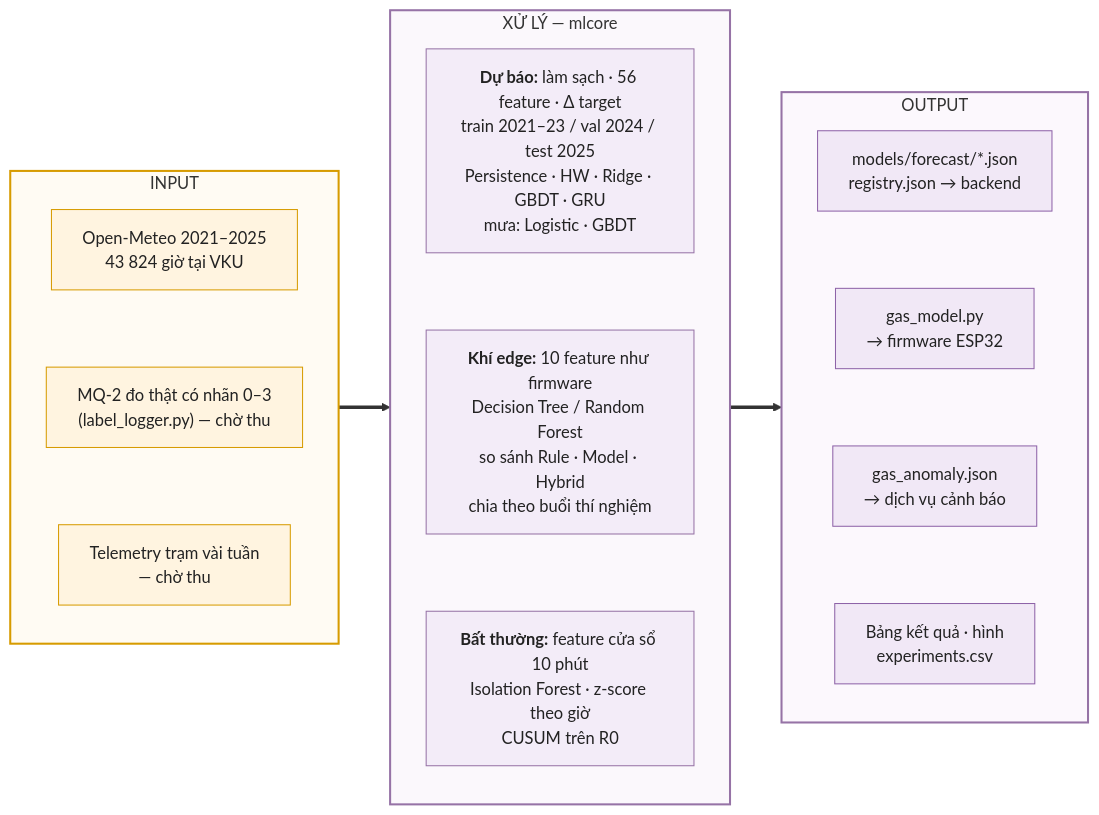
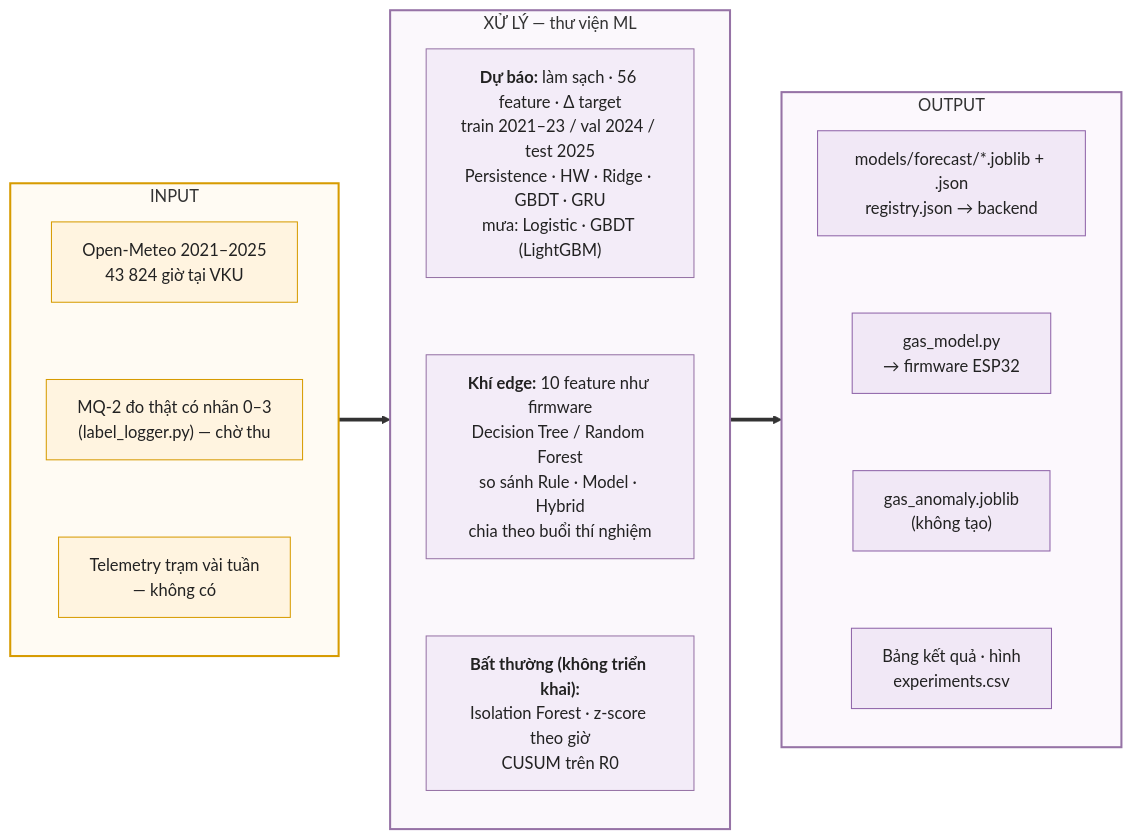
The sixth of 6 diagrams in docs/architecture/ipo.md (danhle396/pythonnhung), drawn with Mermaid before and after one commit. The commit also changed other lines of this file and 176 other files, not shown here.

First line of the commit message:
Chuyển ML sang thư viện chuẩn, slide VKU, đồng bộ tên đề tài

````diff
--- a/docs/architecture/ipo.md
+++ b/docs/architecture/ipo.md
@@ -259,35 +255,35 @@
 ```mermaid
 flowchart LR
     subgraph I["INPUT"]
         direction TB
         i1["Open-Meteo 2021–2025<br/>43 824 giờ tại VKU"]
         i2["MQ-2 đo thật có nhãn 0–3<br/>(label_logger.py) — chờ thu"]
-        i3["Telemetry trạm vài tuần<br/>— chờ thu"]
+        i3["Telemetry trạm vài tuần<br/>— không có"]
         i1 ~~~ i2 ~~~ i3
     end
-    subgraph P["XỬ LÝ — mlcore"]
+    subgraph P["XỬ LÝ — thư viện ML"]
         direction TB
-        p1["<b>Dự báo:</b> làm sạch · 56 feature · Δ target<br/>train 2021–23 / val 2024 / test 2025<br/>Persistence · HW · Ridge · GBDT · GRU<br/>mưa: Logistic · GBDT"]
+        p1["<b>Dự báo:</b> làm sạch · 56 feature · Δ target<br/>train 2021–23 / val 2024 / test 2025<br/>Persistence · HW · Ridge · GBDT · GRU<br/>mưa: Logistic · GBDT (LightGBM)"]
         p2["<b>Khí edge:</b> 10 feature như firmware<br/>Decision Tree / Random Forest<br/>so sánh Rule · Model · Hybrid<br/>chia theo buổi thí nghiệm"]
-        p3["<b>Bất thường:</b> feature cửa sổ 10 phút<br/>Isolation Forest · z-score theo giờ<br/>CUSUM trên R0"]
+        p3["<b>Bất thường (không triển khai):</b><br/>Isolation Forest · z-score theo giờ<br/>CUSUM trên R0"]
         p1 ~~~ p2 ~~~ p3
     end
     subgraph O["OUTPUT"]
         direction TB
-        o1["models/forecast/*.json<br/>registry.json → backend"]
+        o1["models/forecast/*.joblib + .json<br/>registry.json → backend"]
         o2["gas_model.py<br/>→ firmware ESP32"]
-        o3["gas_anomaly.json<br/>→ dịch vụ cảnh báo"]
+        o3["gas_anomaly.joblib<br/>(không tạo)"]
         o4["Bảng kết quả · hình<br/>experiments.csv"]
         o1 ~~~ o2 ~~~ o3 ~~~ o4
     end
     I ==> P ==> O
     classDef inp fill:#FFF4E0,stroke:#D79B00,color:#222
     classDef prc fill:#F3ECF8,stroke:#9673A6,color:#222
     classDef out fill:#F1E8F6,stroke:#8E63A8,color:#222
     class i1,i2,i3 inp
     class p1,p2,p3 prc
     class o1,o2,o3,o4 out
     style I fill:#FFFBF3,stroke:#D79B00,stroke-width:2px
     style P fill:#FBF8FC,stroke:#9673A6,stroke-width:2px
     style O fill:#FCF8FD,stroke:#9673A6,stroke-width:2px
 ```
````
